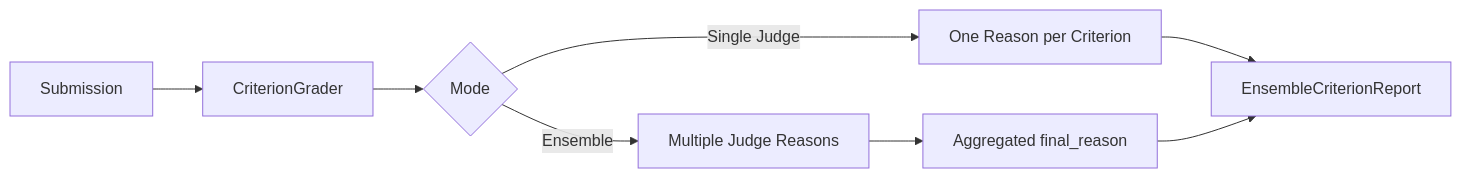
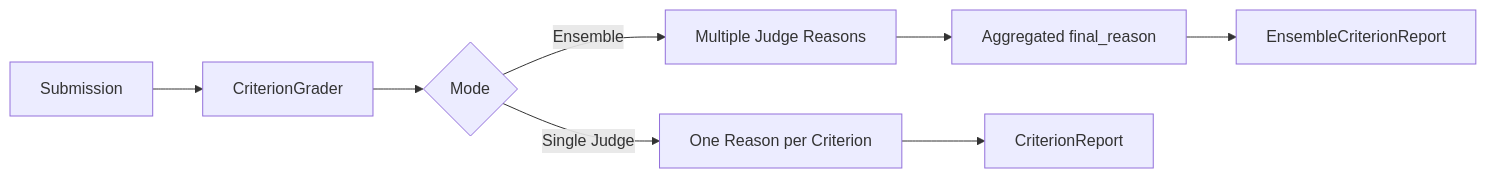
The diagram in docs/cookbook/explanations.md (delip/autorubric), drawn with Mermaid before and after one commit. The commit also changed other lines of this file and 16 other files, not shown here.

First line of the commit message:
Fix broken cookbook docs: wrong CriterionReport attributes, nested backticks, and fill_ground_truth call pattern

````diff
--- a/docs/cookbook/explanations.md
+++ b/docs/cookbook/explanations.md
@@ -18,10 +18,10 @@
 ```mermaid
 flowchart LR
     A[Submission] --> B[CriterionGrader]
     B --> C{Mode}
     C -->|Single Judge| D[One Reason per Criterion]
     C -->|Ensemble| E[Multiple Judge Reasons]
     E --> F[Aggregated final_reason]
-    D --> G[EnsembleCriterionReport]
-    F --> G
+    D --> G[CriterionReport]
+    F --> H[EnsembleCriterionReport]
 ```
````
